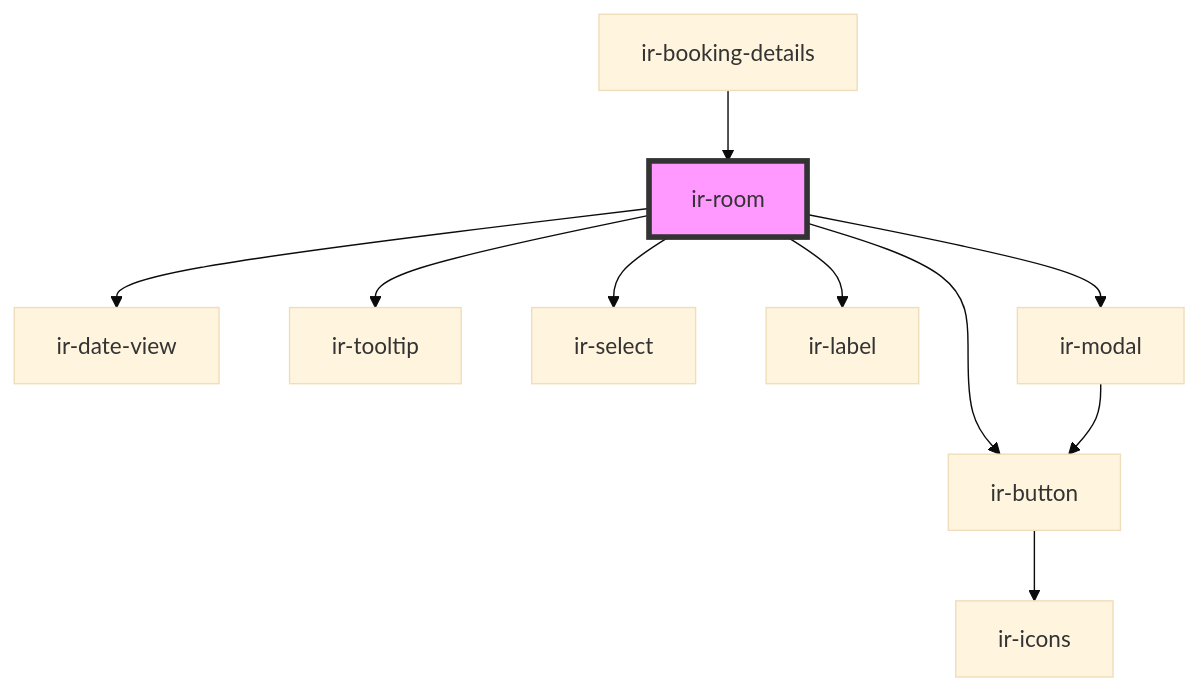
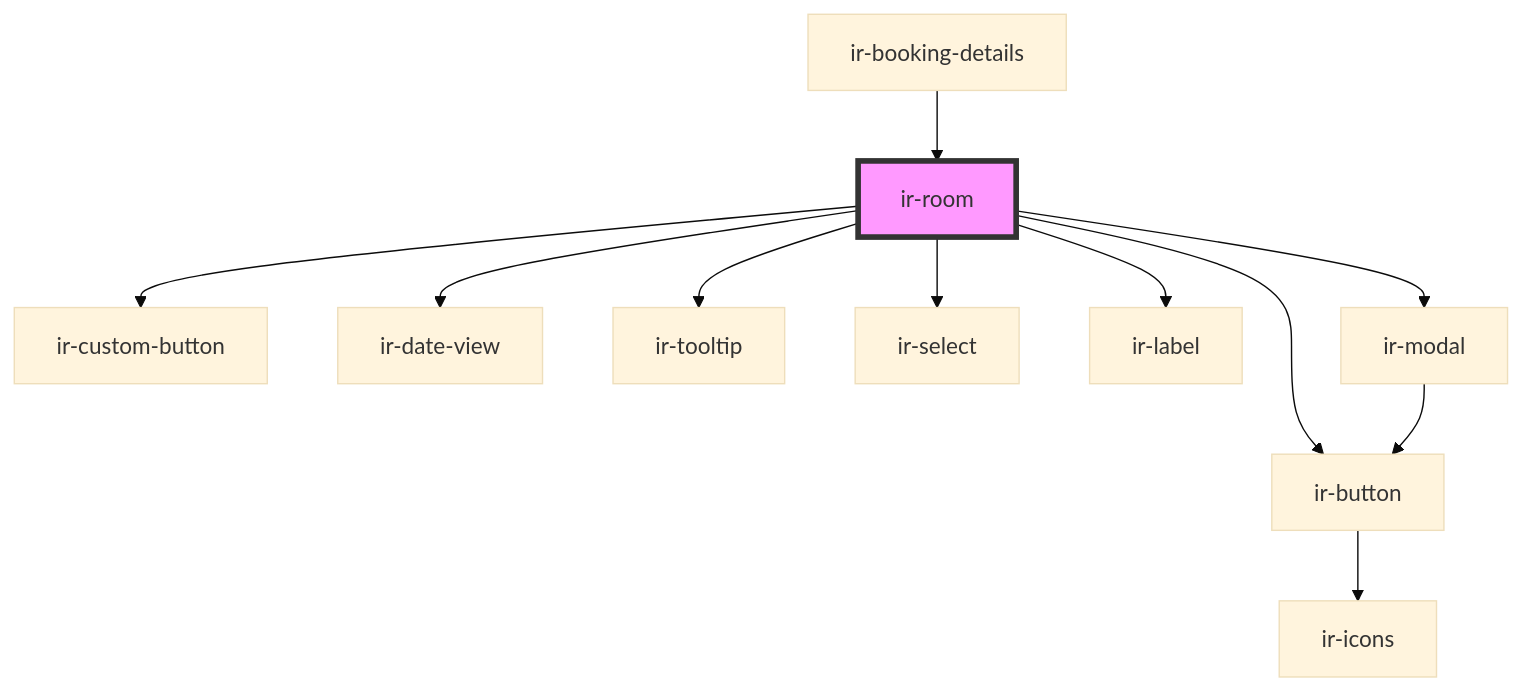
One commit to David1Chowaifaty/modified-ir-webcmp changed the diagram in src/components/ir-booking-details/ir-room/readme.md. Above: the diagram before and after it, drawn with Mermaid (base theme). The commit also changed other lines of this file and 70 other files, not shown here.

````diff
--- a/src/components/ir-booking-details/ir-room/readme.md
+++ b/src/components/ir-booking-details/ir-room/readme.md
@@ -62,13 +63,14 @@
 ```mermaid
 graph TD;
-  ir-room --> ir-button
+  ir-room --> ir-custom-button
   ir-room --> ir-date-view
   ir-room --> ir-tooltip
+  ir-room --> ir-button
   ir-room --> ir-select
   ir-room --> ir-label
   ir-room --> ir-modal
   ir-button --> ir-icons
   ir-modal --> ir-button
   ir-booking-details --> ir-room
   style ir-room fill:#f9f,stroke:#333,stroke-width:4px
 ```
````
